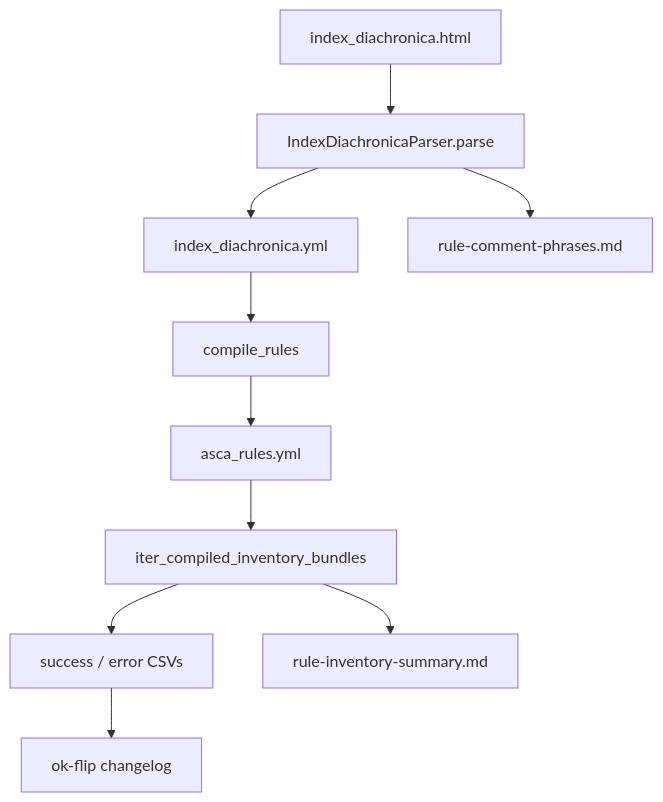
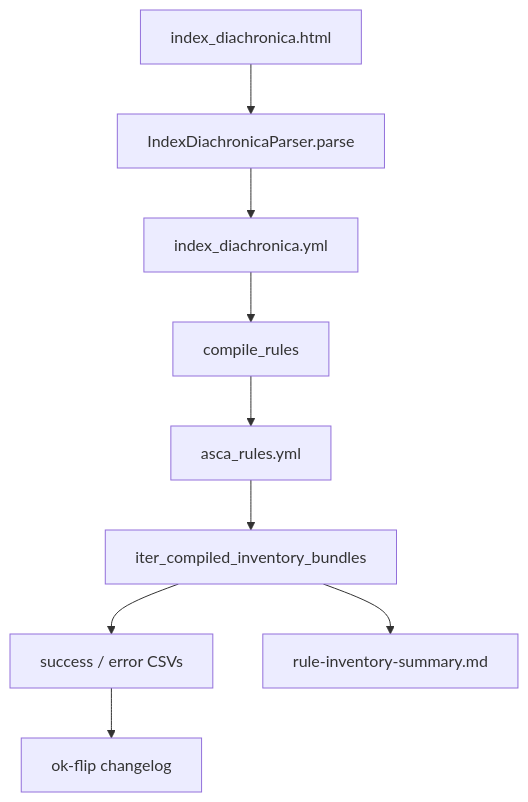
One commit to Pappa/conlanger changed the diagram in docs/system/validate.md. Above: the diagram before and after it, drawn with Mermaid. The commit also changed other lines of this file and 8 other files, not shown here.

First line of the commit message:
Remove unused rule-comment-phrases parse diagnostic.

````diff
--- a/docs/system/validate.md
+++ b/docs/system/validate.md
@@ -25,20 +25,18 @@
 ```mermaid
 flowchart TD
   HTML[index_diachronica.html]
   Parse[IndexDiachronicaParser.parse]
   YAML[index_diachronica.yml]
-  CommentSummary[rule-comment-phrases.md]
   Compile[compile_rules]
   ASCA_Y[asca_rules.yml]
   Inv[iter_compiled_inventory_bundles]
   Split[success / error CSVs]
   Changelog[ok-flip changelog]
   Summary[rule-inventory-summary.md]
 
   HTML --> Parse --> YAML
-  Parse --> CommentSummary
   YAML --> Compile --> ASCA_Y --> Inv
   Inv --> Split
   Split --> Changelog
   Inv --> Summary
 ```
````
